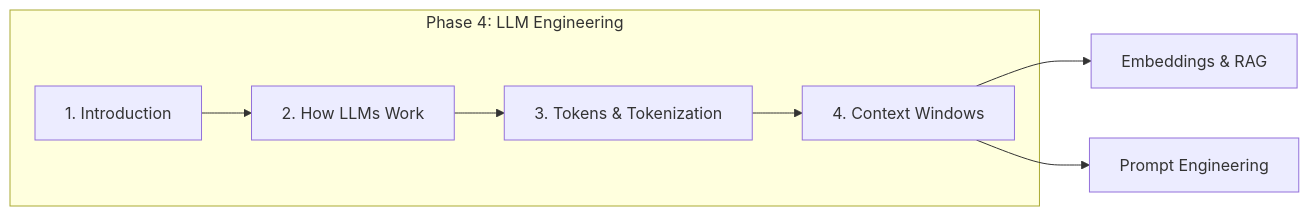
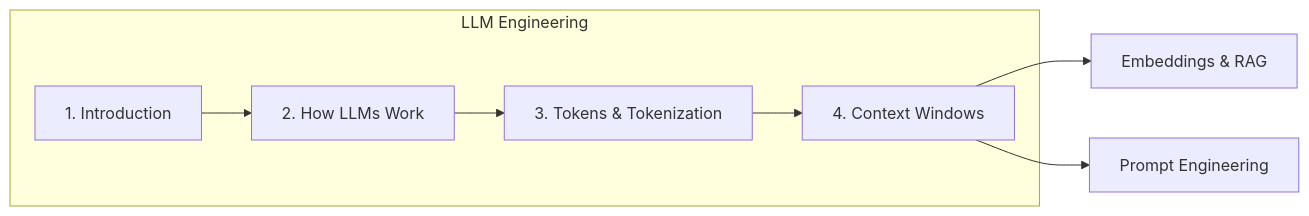
Before and after one commit to abdulsamad183/ai-engineering-playbook: the first of 11 diagrams in domains/llm-engineering/introduction-to-llm-engineering.md, drawn with Mermaid. The commit also changed other lines of this file and 301 other files, not shown here.

````diff
--- a/domains/llm-engineering/introduction-to-llm-engineering.md
+++ b/domains/llm-engineering/introduction-to-llm-engineering.md
@@ -57,13 +57,13 @@
 ```mermaid
 flowchart LR
-    subgraph "Phase 4: LLM Engineering"
+    subgraph "LLM Engineering"
         S1[1. Introduction]
         S2[2. How LLMs Work]
         S3[3. Tokens & Tokenization]
         S4[4. Context Windows]
     end
 
     S1 --> S2 --> S3 --> S4
     S4 --> RAG[Embeddings & RAG]
     S4 --> PROMPT[Prompt Engineering]
 ```
````
